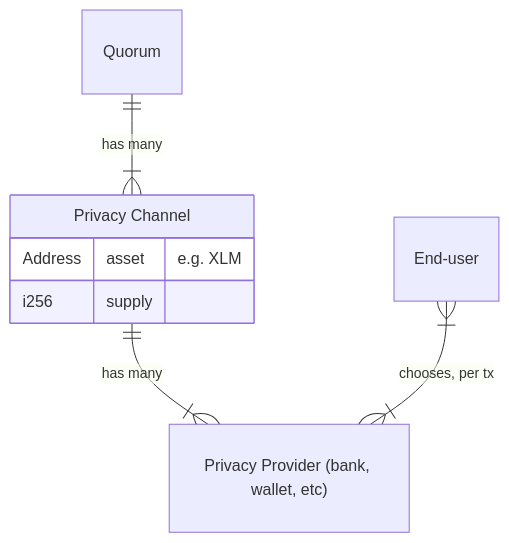
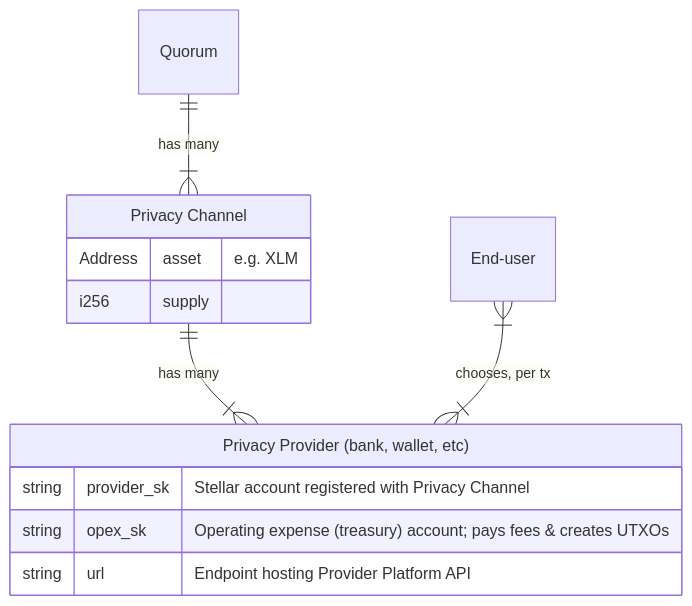
One commit to Moonlight-Protocol/provider-platform changed the diagram in README.md. Above: the diagram before and after it, drawn with Mermaid.

Commit message:
docs(readme/erdiagram): add provider attributes

````diff
--- a/README.md
+++ b/README.md
@@ -11,12 +11,15 @@
 ```mermaid
 erDiagram
     Quorum ||--|{ "Privacy Channel" : "has many"
     "Privacy Channel" ||--|{ "Privacy Provider (bank, wallet, etc)" : "has many"
     End-user }|--|{ "Privacy Provider (bank, wallet, etc)" : "chooses, per tx"
     "Privacy Channel" {
         Address asset "e.g. XLM"
         i256 supply
     }
     "Privacy Provider (bank, wallet, etc)" {
+        string provider_sk "Stellar account registered with Privacy Channel"
+        string opex_sk "Operating expense (treasury) account; pays fees & creates UTXOs"
+        string url "Endpoint hosting Provider Platform API"
     }
 ```
````
